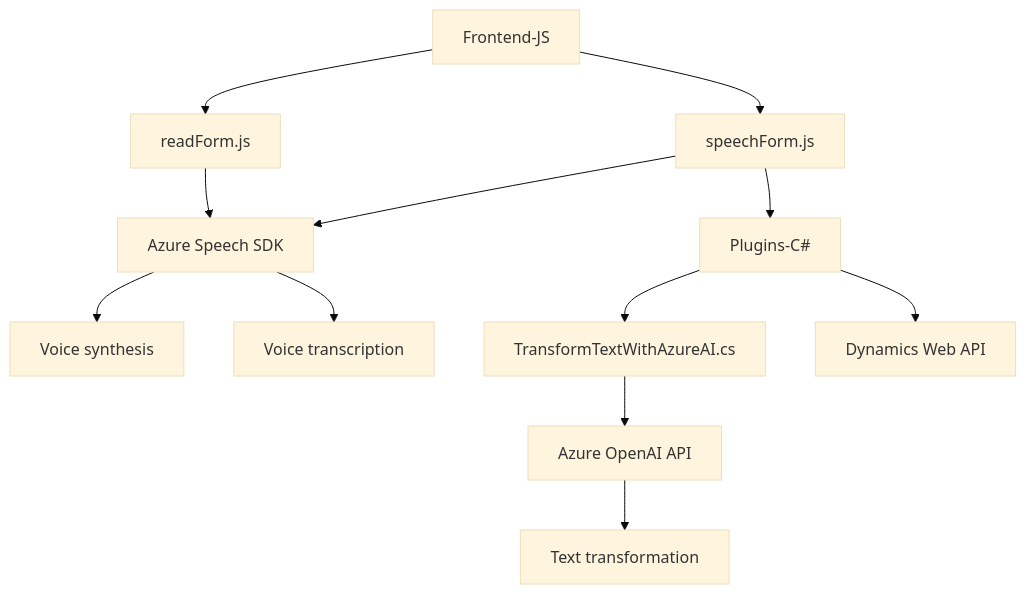
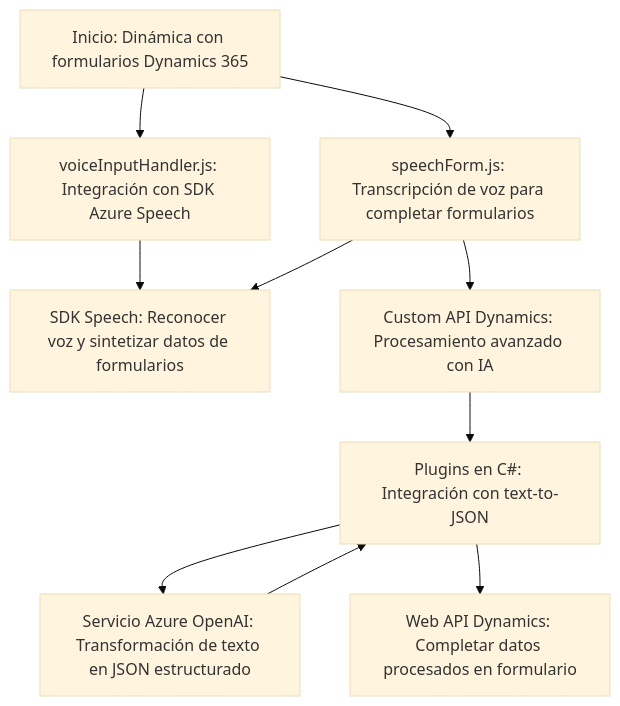
Before and after one commit to blopezdm/NETCORE_BILBAO2025: the diagram in README.md, drawn with Mermaid (base theme). The commit also changed other lines of this file, not shown here.

Commit message:
Actualizar análisis global de la solución con IA

````diff
--- a/README.md
+++ b/README.md
@@ -39,29 +29,14 @@
 ```mermaid
 graph TD
-    A["Frontend-JS"]
-    A1["readForm.js"]
-    A2["speechForm.js"]
+  Start["Inicio: Dinámica con formularios Dynamics 365"] 
+  Start --> A["voiceInputHandler.js: Integración con SDK Azure Speech"]
+  A --> B["SDK Speech: Reconocer voz y sintetizar datos de formularios"]
+  Start --> C["speechForm.js: Transcripción de voz para completar formularios"]
+  C --> B
+  C --> D["Custom API Dynamics: Procesamiento avanzado con IA"]
+  D --> G["Plugins en C#: Integración con text-to-JSON"]
+  G --> H["Servicio Azure OpenAI: Transformación de texto en JSON estructurado"]
+  G --> DynamicsAPI["Web API Dynamics: Completar datos procesados en formulario"]
+  H --> G
 
-    B["Azure Speech SDK"]
-    B1["Voice synthesis"]
-    B2["Voice transcription"]
-
-    C["Plugins-C#"]
-    C1["TransformTextWithAzureAI.cs"]
-    C2["Dynamics Web API"]
-
-    D["Azure OpenAI API"]
-    D1["Text transformation"]
-
-    A --> A1
-    A --> A2
-    A1 --> B
-    A2 --> B
-    B --> B1
-    B --> B2
-    A2 --> C
-    C --> C1
-    C --> C2
-    C1 --> D
-    D --> D1
 ```
````
